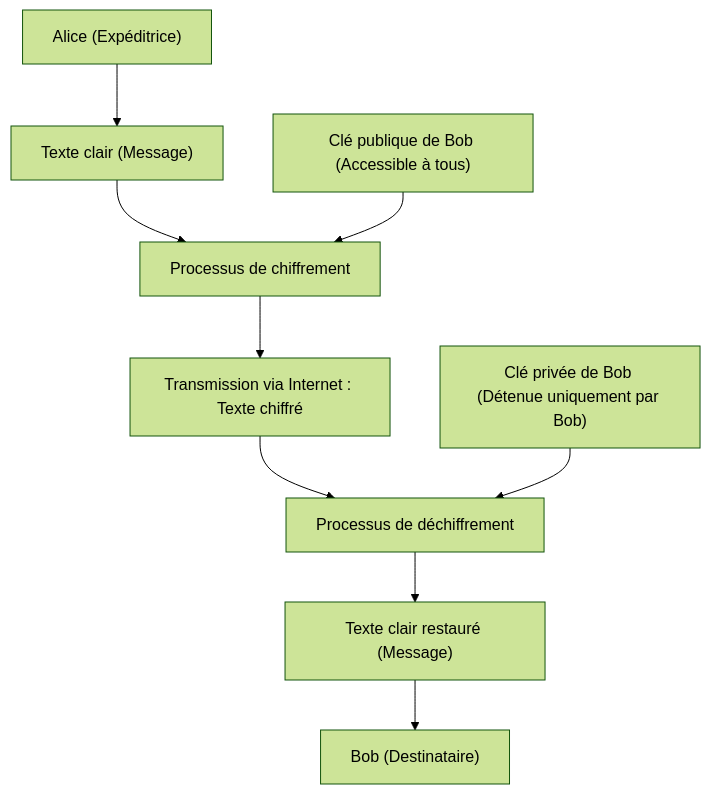
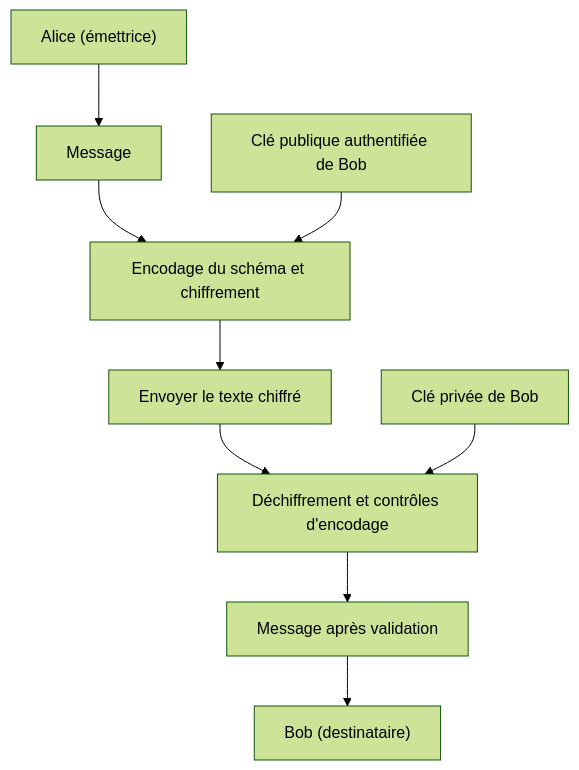
Before and after one commit to kenjinote/blog: the first of 3 diagrams in content/post/rsa暗号の仕組みを高校生でもわかるように説明する/index.fr.md, drawn with Mermaid (forest theme). The commit also changed other lines of this file and 5 other files, not shown here.

````diff
--- a/content/post/rsa暗号の仕組みを高校生でもわかるように説明する/index.fr.md
+++ b/content/post/rsa暗号の仕組みを高校生でもわかるように説明する/index.fr.md
@@ -45,11 +23,11 @@
 ```mermaid
 graph TD
-    A["Alice (Expéditrice)"] --> B["Texte clair (Message)"]
-    B --> C["Processus de chiffrement"]
-    D["Clé publique de Bob (Accessible à tous)"] --> C
-    C --> E["Transmission via Internet : Texte chiffré"]
-    E --> F["Processus de déchiffrement"]
-    G["Clé privée de Bob (Détenue uniquement par Bob)"] --> F
-    F --> H["Texte clair restauré (Message)"]
-    H --> I["Bob (Destinataire)"]
+    A["Alice (émettrice)"] --> B["Message"]
+    B --> C["Encodage du schéma et chiffrement"]
+    D["Clé publique authentifiée de Bob"] --> C
+    C --> E["Envoyer le texte chiffré"]
+    E --> F["Déchiffrement et contrôles d'encodage"]
+    G["Clé privée de Bob"] --> F
+    F --> H["Message après validation"]
+    H --> I["Bob (destinataire)"]
 ```
````
